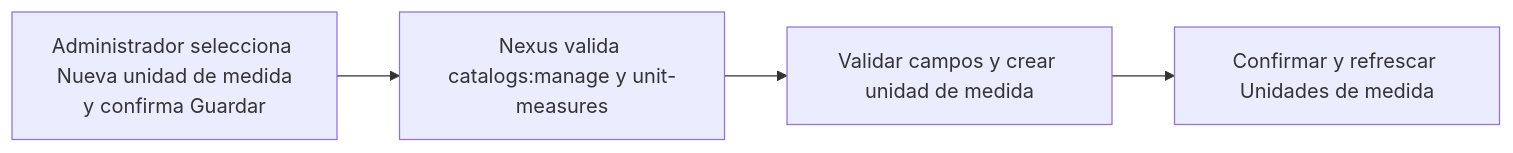
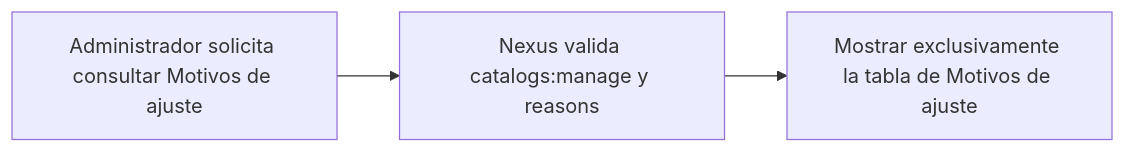
Before and after one commit to gpgsistemas01/nexus: the diagram in docs/requirements/diagrams/catalogs/cu-cat-37.md, drawn with Mermaid. The commit also changed other lines of this file and 207 other files, not shown here.

````diff
--- a/docs/requirements/diagrams/catalogs/cu-cat-37.md
+++ b/docs/requirements/diagrams/catalogs/cu-cat-37.md
@@ -3,6 +3,5 @@
 ```mermaid
 flowchart LR
-    request["Administrador selecciona Nueva unidad de medida<br/>y confirma Guardar"] --> authorize["Nexus valida catalogs:manage y unit-measures"]
-    authorize --> persist["Validar campos y crear unidad de medida"]
-    persist --> result["Confirmar y refrescar Unidades de medida"]
+    request["Administrador solicita consultar Motivos de ajuste"] --> authorize["Nexus valida catalogs:manage y reasons"]
+    authorize --> result["Mostrar exclusivamente la tabla de Motivos de ajuste"]
 ```
````
